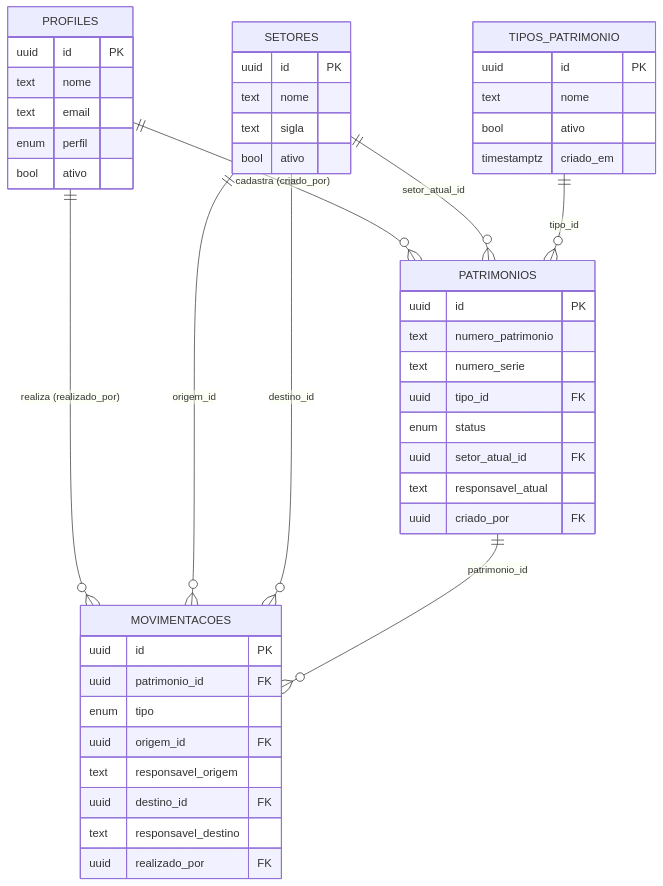
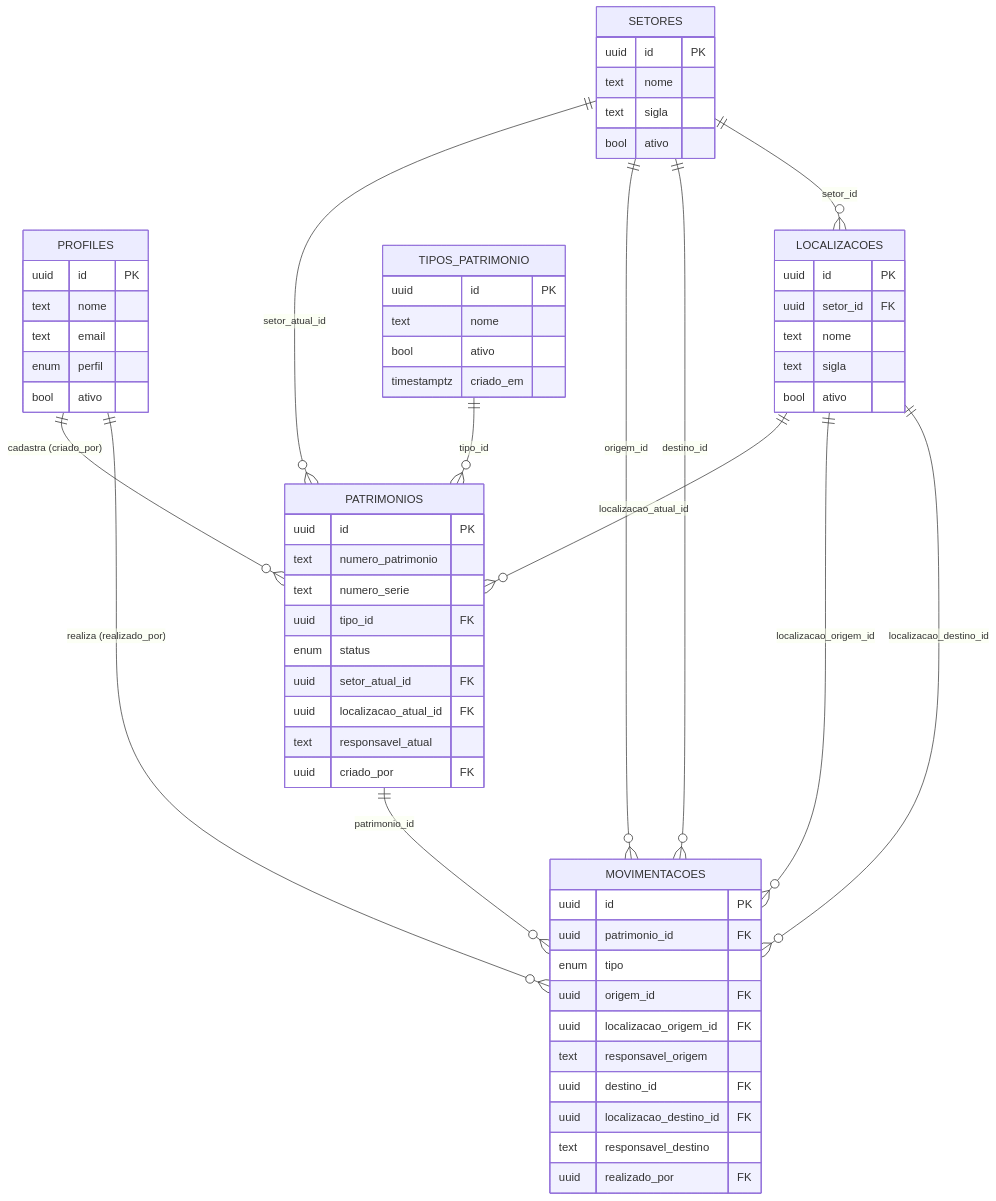
One commit to heitorcarvalhop/InvTec changed the diagram in docs/database.md. Above: the diagram before and after it, drawn with Mermaid. The commit also changed other lines of this file and 103 other files, not shown here.

````diff
--- a/docs/database.md
+++ b/docs/database.md
@@ -12,54 +20,69 @@
 ```mermaid
 erDiagram
   PROFILES ||--o{ PATRIMONIOS : "cadastra (criado_por)"
   PROFILES ||--o{ MOVIMENTACOES : "realiza (realizado_por)"
   SETORES ||--o{ PATRIMONIOS : "setor_atual_id"
   SETORES ||--o{ MOVIMENTACOES : "origem_id"
   SETORES ||--o{ MOVIMENTACOES : "destino_id"
+  SETORES ||--o{ LOCALIZACOES : "setor_id"
+  LOCALIZACOES ||--o{ PATRIMONIOS : "localizacao_atual_id"
+  LOCALIZACOES ||--o{ MOVIMENTACOES : "localizacao_origem_id"
+  LOCALIZACOES ||--o{ MOVIMENTACOES : "localizacao_destino_id"
   TIPOS_PATRIMONIO ||--o{ PATRIMONIOS : "tipo_id"
   PATRIMONIOS ||--o{ MOVIMENTACOES : "patrimonio_id"
 
   PROFILES {
     uuid id PK
     text nome
     text email
     enum perfil
     bool ativo
   }
 
   SETORES {
     uuid id PK
+    text nome
+    text sigla
+    bool ativo
+  }
+
+  LOCALIZACOES {
+    uuid id PK
+    uuid setor_id FK
     text nome
     text sigla
     bool ativo
   }
 
   TIPOS_PATRIMONIO {
     uuid id PK
     text nome
     bool ativo
     timestamptz criado_em
   }
 
   PATRIMONIOS {
     uuid id PK
     text numero_patrimonio
     text numero_serie
     uuid tipo_id FK
     enum status
     uuid setor_atual_id FK
+    uuid localizacao_atual_id FK
     text responsavel_atual
     uuid criado_por FK
   }
 
   MOVIMENTACOES {
     uuid id PK
     uuid patrimonio_id FK
     enum tipo
     uuid origem_id FK
+    uuid localizacao_origem_id FK
     text responsavel_origem
     uuid destino_id FK
+    uuid localizacao_destino_id FK
     text responsavel_destino
     uuid realizado_por FK
   }
 ```
````
